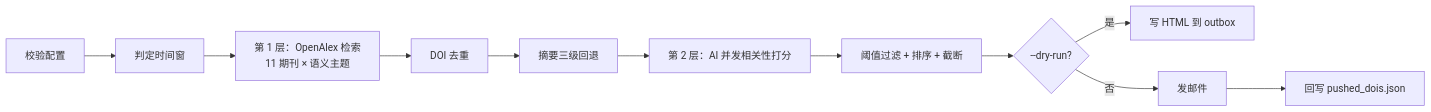
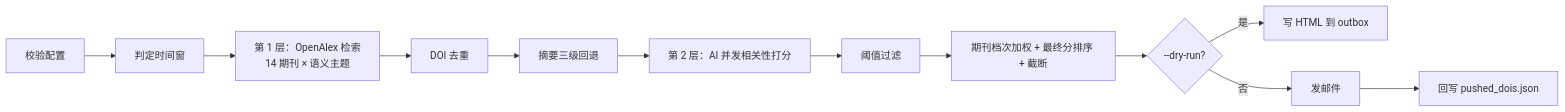
One commit to zhouyuhang227-star/weekly-literature-push changed the diagram in README.md. Above: the diagram before and after it, drawn with Mermaid. The commit also changed other lines of this file and 11 other files, not shown here.

````diff
--- a/README.md
+++ b/README.md
@@ -324,13 +337,14 @@
 ```mermaid
 flowchart LR
     A[校验配置] --> B[判定时间窗]
-    B --> C["第 1 层：OpenAlex 检索<br/>11 期刊 × 语义主题"]
+    B --> C["第 1 层：OpenAlex 检索<br/>14 期刊 × 语义主题"]
     C --> D[DOI 去重]
     D --> E[摘要三级回退]
     E --> F["第 2 层：AI 并发相关性打分"]
-    F --> G[阈值过滤 + 排序 + 截断]
-    G --> H{--dry-run?}
+    F --> G[阈值过滤]
+    G --> R[期刊档次加权 + 最终分排序 + 截断]
+    R --> H{--dry-run?}
     H -- 是 --> I[写 HTML 到 outbox]
     H -- 否 --> J[发邮件]
     J --> K[回写 pushed_dois.json]
 ```
````
